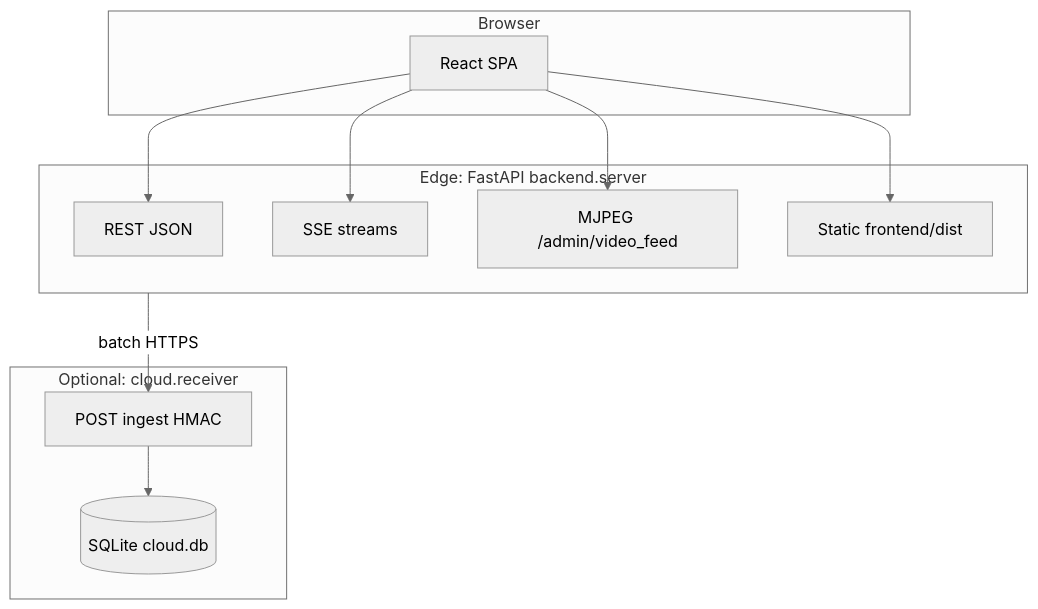
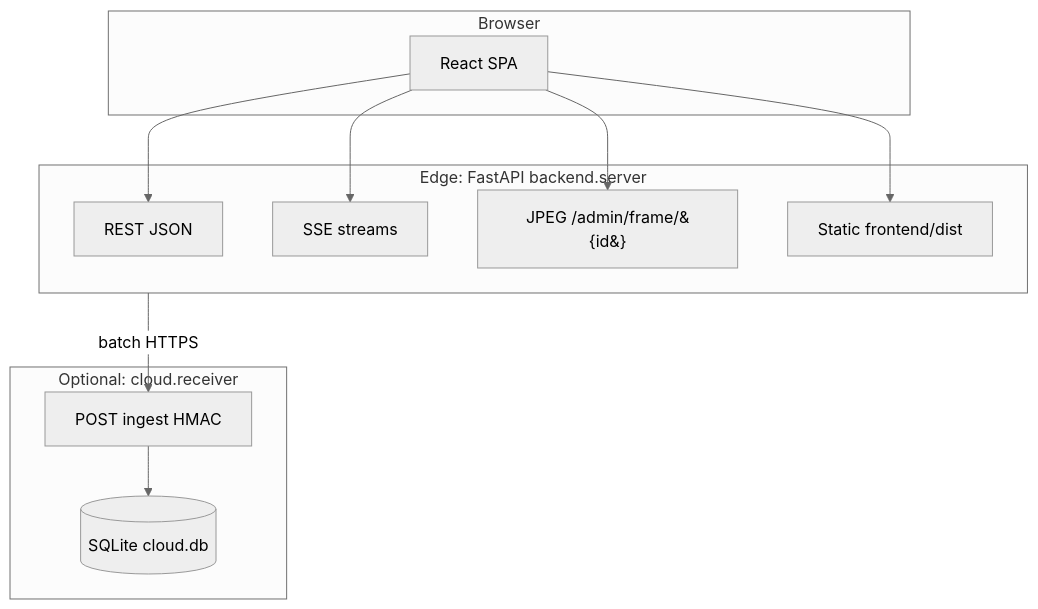
Before and after one commit to Androkzn/road-camera-safety-monitoring: the first of 4 diagrams in docs/integration-infrastructure.md, drawn with Mermaid (neutral theme). The commit also changed other lines of this file and 117 other files, not shown here.

````diff
--- a/docs/integration-infrastructure.md
+++ b/docs/integration-infrastructure.md
@@ -9,22 +9,22 @@
 ```mermaid
 flowchart TB
   subgraph browser["Browser"]
     SPA[React SPA]
   end
   subgraph edge["Edge: FastAPI backend.server"]
     REST[REST JSON]
     SSE[SSE streams]
-    MJPEG[MJPEG /admin/video_feed]
+    FRAME[JPEG /admin/frame/&#123;id&#125;]
     STATIC[Static frontend/dist]
   end
   subgraph cloud["Optional: cloud.receiver"]
     INGEST[POST ingest HMAC]
     DB[(SQLite cloud.db)]
   end
   SPA --> STATIC
   SPA --> REST
   SPA --> SSE
-  SPA --> MJPEG
+  SPA --> FRAME
   edge -->|batch HTTPS| INGEST
   INGEST --> DB
 ```
````
